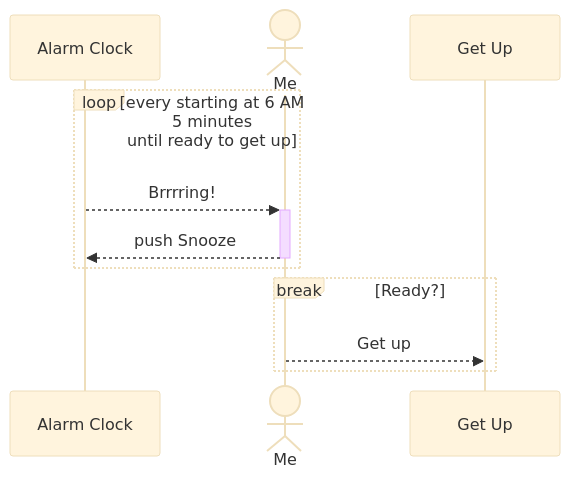
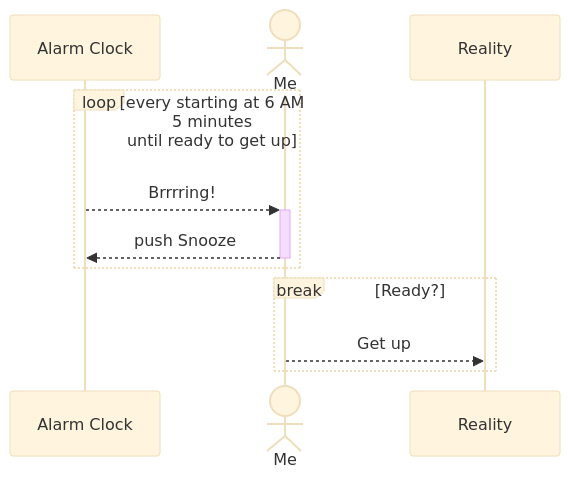
The second of 5 diagrams in types-of-diagrams.md (jrcs3/Mermaid-Demo), drawn with Mermaid (base theme) before and after one commit. The commit also changed other lines of this file and 1 other file, not shown here.

Commit message:
Updates to Types of Diagrams

````diff
--- a/types-of-diagrams.md
+++ b/types-of-diagrams.md
@@ -48,13 +46,13 @@
 ``` mermaid
 sequenceDiagram
   participant Alarm as Alarm Clock
   actor me as Me
-  participant Up as Get Up
+  participant Up as Reality
   loop every starting at 6 AM<br/>5 minutes<br/> until ready to get up
     Alarm-->>+me: Brrrring!
     me-->>-Alarm: push Snooze
   end
   break Ready?
     me-->>Up: Get up
   end
 ```
````
